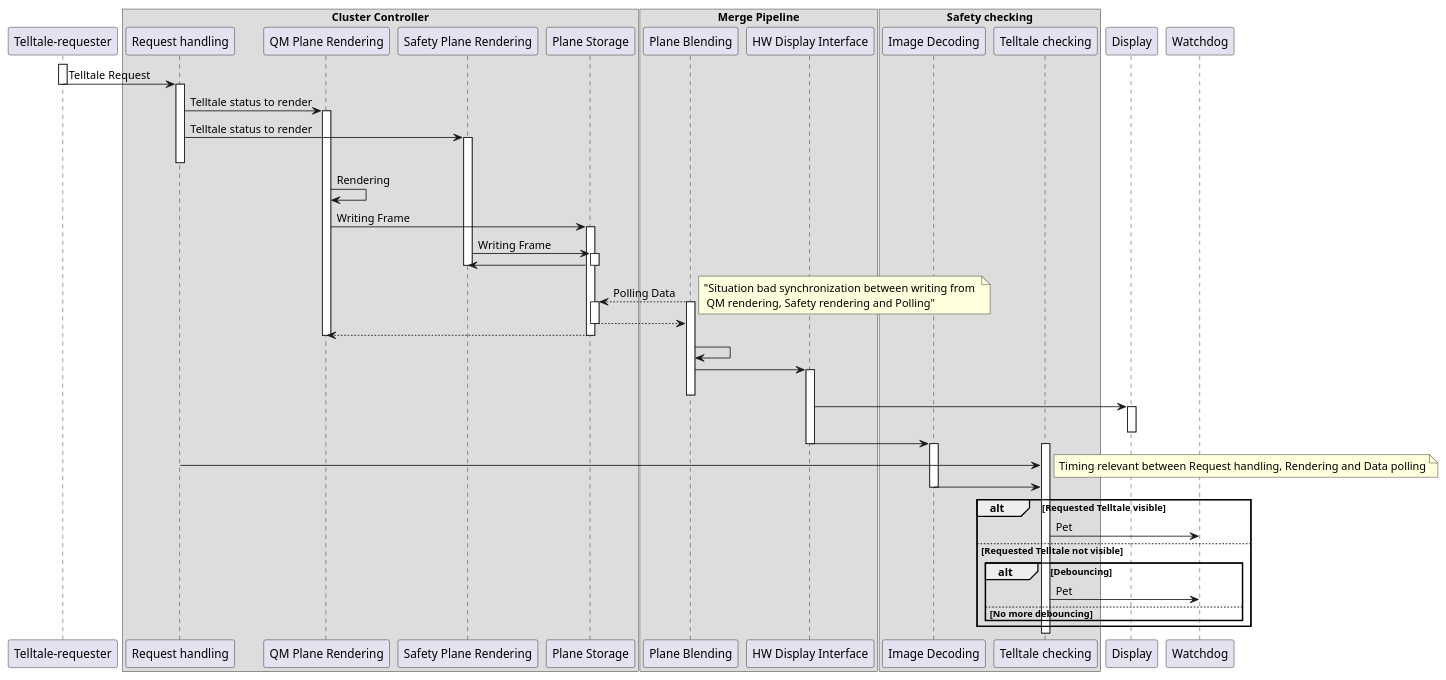
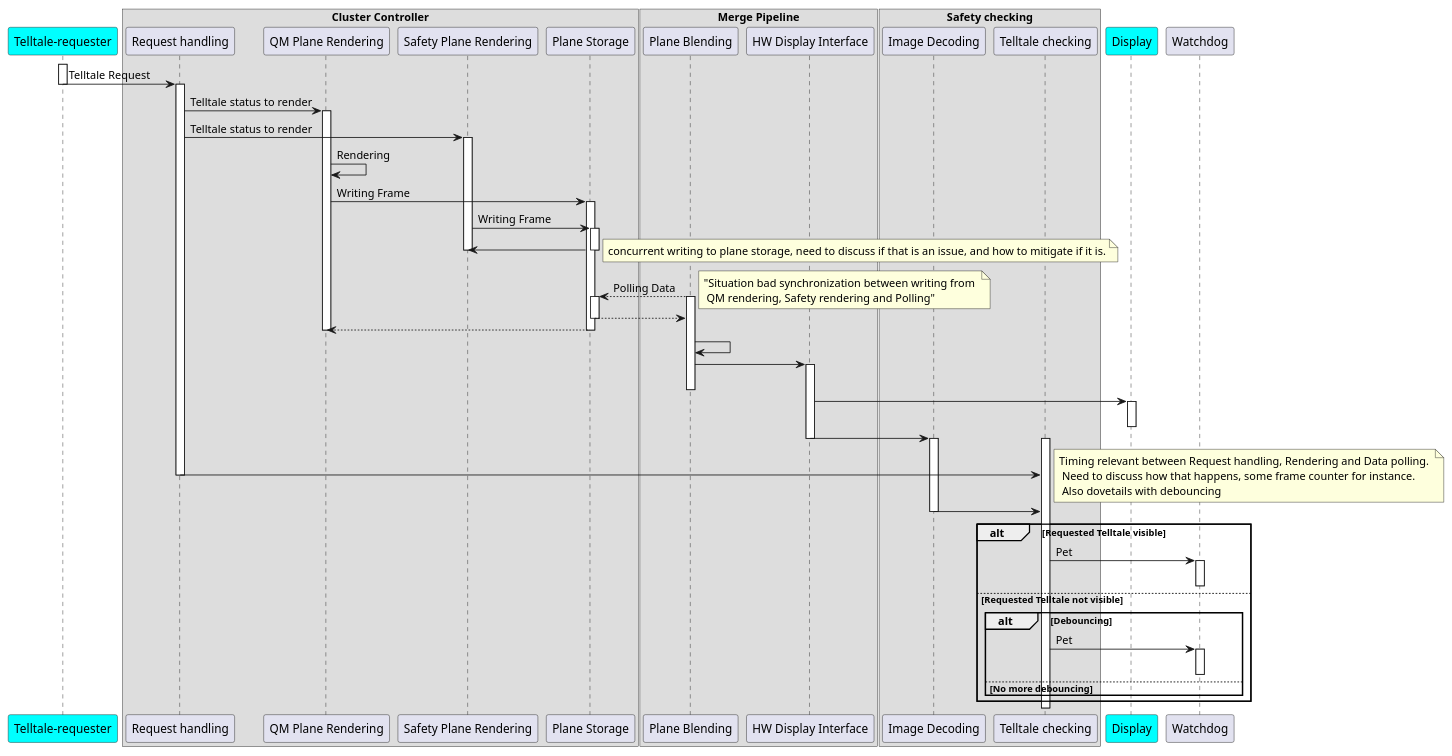
One commit to elisa-tech/wg-automotive changed the diagram in Cluster_Display_Use_Case_v2/Item_Defintion/Sequence_diagram_safety.puml. Above: the diagram before and after it, drawn with PlantUML.

Commit message:
Some refinement on the sequence diagram including safety

```diff
--- a/Cluster_Display_Use_Case_v2/Item_Defintion/Sequence_diagram_safety.puml
+++ b/Cluster_Display_Use_Case_v2/Item_Defintion/Sequence_diagram_safety.puml
@@ -1,86 +1,91 @@
 @startuml
 'skinparam wrapWidth 200
-participant "Telltale-requester" as TR
+participant "Telltale-requester" as TR #Aqua
 
 box "Cluster Controller"
 participant "Request handling"  as Request_handling order 5
 participant "QM Plane Rendering" as Rendering_QM order 10
 participant "Safety Plane Rendering" as Rendering_Safety order 13
 participant "Plane Storage" as Plane_storage order 15
 
 end box
 box "Merge Pipeline"
 'participant "Configuration Data" as Configuration_data order 35
 participant "Plane Blending" as Plane_blending order 35
 participant "HW Display Interface" as Display_Interface order 40
 end box
 
 box "Safety checking"
 participant "Image Decoding" as Decoding order 45
 participant "Telltale checking" as Telltale_checking order 50
 end box
 
-participant "Display" as Display order 55
+participant "Display" as Display order 55 #Aqua
 'participant "Backlight" as Backlight order 40
 participant "Watchdog" as WD order 60
 
 activate TR
 TR -> Request_handling : Telltale Request
 deactivate TR 
 
 activate Request_handling 
 Request_handling -> Rendering_QM : Telltale status to render
 activate Rendering_QM
 Request_handling -> Rendering_Safety : Telltale status to render
 activate Rendering_Safety 
-deactivate Request_handling 
 
 Rendering_QM -> Rendering_QM : Rendering
 Rendering_QM -> Plane_storage : Writing Frame
 activate Plane_storage
 
 Rendering_Safety -> Plane_storage : Writing Frame
 activate Plane_storage
 Plane_storage -> Rendering_Safety
 deactivate Plane_storage
+note right : concurrent writing to plane storage, need to discuss if that is an issue, and how to mitigate if it is.
 deactivate Rendering_Safety
 
 ' Polling while frame is written
 Plane_blending --> Plane_storage : Polling Data
 note right: "Situation bad synchronization between writing from \n QM rendering, Safety rendering and Polling"
 activate Plane_storage
 activate Plane_blending
 Plane_storage --> Plane_blending
 deactivate Plane_storage
 Plane_storage --> Rendering_QM 
 deactivate Rendering_QM
 deactivate Plane_storage
 
 Plane_blending -> Plane_blending
 Plane_blending -> Display_Interface
 activate Display_Interface
 deactivate Plane_blending
 deactivate Plane_storage
  
 Display_Interface-> Display
 activate Display
 deactivate Display 
 Display_Interface -> Decoding
 deactivate Display_Interface
 activate Decoding
 activate Telltale_checking
 Request_handling -> Telltale_checking
-note right: Timing relevant between Request handling, Rendering and Data polling
+deactivate Request_handling 
+note right: Timing relevant between Request handling, Rendering and Data polling. \n Need to discuss how that happens, some frame counter for instance. \n Also dovetails with debouncing
 Decoding -> Telltale_checking
 deactivate Decoding
 ' Telltale checking stuff
 alt Requested Telltale visible
 Telltale_checking -> WD : Pet
+activate WD
+deactivate WD
 else Requested Telltale not visible
 alt Debouncing 
 Telltale_checking -> WD : Pet
+activate WD
+deactivate WD
 else No more debouncing
 end
 end
 
 @enduml
```
